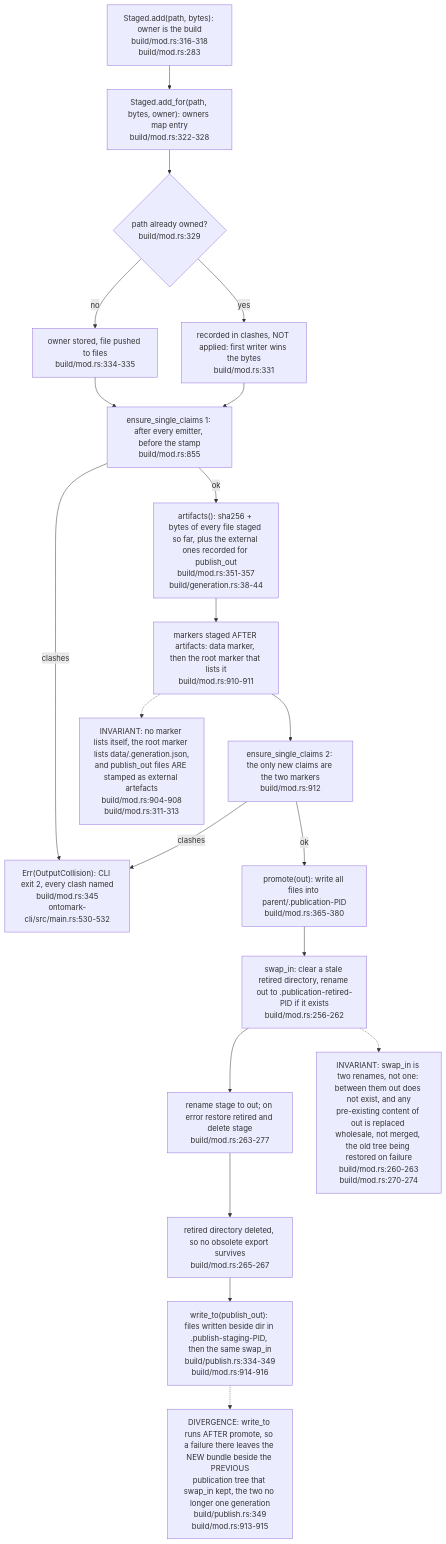
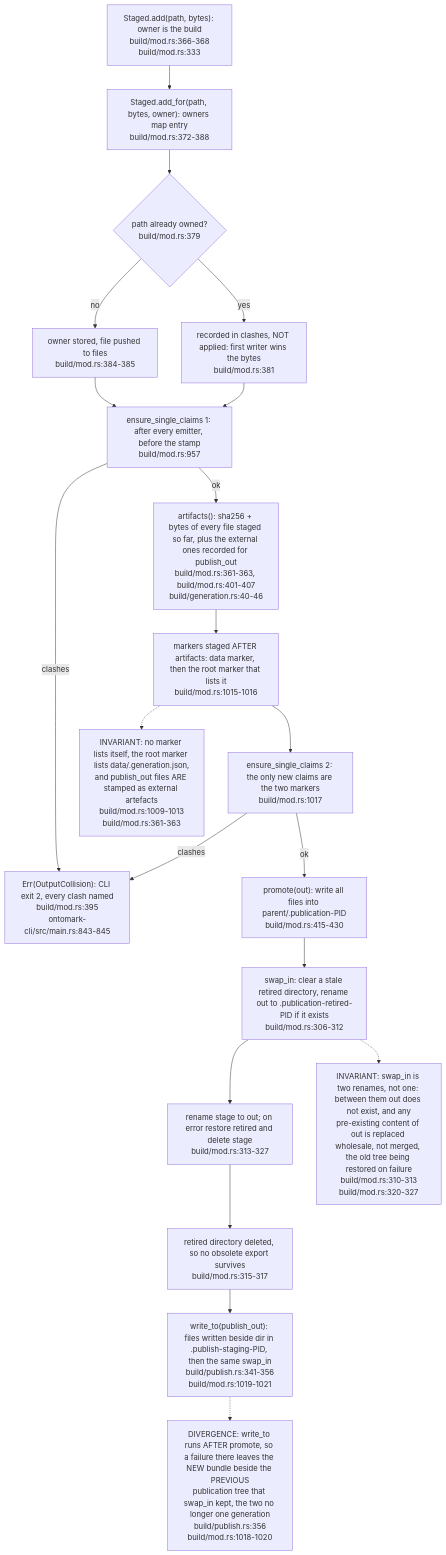
Before and after one commit to DreamLab-AI/VisionFlow: the fifth of 8 diagrams in docs/diagrams/ontomark/03-build-run-gates-staging-and-generation.md, drawn with Mermaid. The commit also changed other lines of this file and 160 other files, not shown here.

````diff
--- a/docs/diagrams/ontomark/03-build-run-gates-staging-and-generation.md
+++ b/docs/diagrams/ontomark/03-build-run-gates-staging-and-generation.md
@@ -178,34 +183,34 @@
 ```mermaid
 flowchart TD
-    ADD["Staged.add(path, bytes): owner is the build<br/>build/mod.rs:316-318<br/>build/mod.rs:283"]
-    ADDFOR["Staged.add_for(path, bytes, owner): owners map entry<br/>build/mod.rs:322-328"]
-    OCC{"path already owned?<br/>build/mod.rs:329"}
-    CLASH["recorded in clashes, NOT applied: first writer wins the bytes<br/>build/mod.rs:331"]
-    SLOT["owner stored, file pushed to files<br/>build/mod.rs:334-335"]
-    CHK1["ensure_single_claims 1: after every emitter, before the stamp<br/>build/mod.rs:855"]
-    ART["artifacts(): sha256 + bytes of every file staged so far, plus the external ones recorded for publish_out<br/>build/mod.rs:351-357<br/>build/generation.rs:38-44"]
-    MARK["markers staged AFTER artifacts: data marker, then the root marker that lists it<br/>build/mod.rs:910-911"]
-    CHK2["ensure_single_claims 2: the only new claims are the two markers<br/>build/mod.rs:912"]
-    ERRC["Err(OutputCollision): CLI exit 2, every clash named<br/>build/mod.rs:345<br/>ontomark-cli/src/main.rs:530-532"]
-    PRO["promote(out): write all files into parent/.publication-PID<br/>build/mod.rs:365-380"]
-    RET["swap_in: clear a stale retired directory, rename out to .publication-retired-PID if it exists<br/>build/mod.rs:256-262"]
-    SWAP["rename stage to out; on error restore retired and delete stage<br/>build/mod.rs:263-277"]
-    DEL["retired directory deleted, so no obsolete export survives<br/>build/mod.rs:265-267"]
-    WT["write_to(publish_out): files written beside dir in .publish-staging-PID, then the same swap_in<br/>build/publish.rs:334-349<br/>build/mod.rs:914-916"]
-    N1["INVARIANT: swap_in is two renames, not one: between them out does not exist, and any<br/>pre-existing content of out is replaced wholesale, not merged, the old tree being restored on failure<br/>build/mod.rs:260-263<br/>build/mod.rs:270-274"]
-    N2["DIVERGENCE: write_to runs AFTER promote, so a failure there leaves the NEW bundle beside the PREVIOUS<br/>publication tree that swap_in kept, the two no longer one generation<br/>build/publish.rs:349<br/>build/mod.rs:913-915"]
-    N3["INVARIANT: no marker lists itself, the root marker lists data/.generation.json,<br/>and publish_out files ARE stamped as external artefacts<br/>build/mod.rs:904-908<br/>build/mod.rs:311-313"]
+    ADD["Staged.add(path, bytes): owner is the build<br/>build/mod.rs:366-368<br/>build/mod.rs:333"]
+    ADDFOR["Staged.add_for(path, bytes, owner): owners map entry<br/>build/mod.rs:372-388"]
+    OCC{"path already owned?<br/>build/mod.rs:379"}
+    CLASH["recorded in clashes, NOT applied: first writer wins the bytes<br/>build/mod.rs:381"]
+    SLOT["owner stored, file pushed to files<br/>build/mod.rs:384-385"]
+    CHK1["ensure_single_claims 1: after every emitter, before the stamp<br/>build/mod.rs:957"]
+    ART["artifacts(): sha256 + bytes of every file staged so far, plus the external ones recorded for publish_out<br/>build/mod.rs:361-363, build/mod.rs:401-407<br/>build/generation.rs:40-46"]
+    MARK["markers staged AFTER artifacts: data marker, then the root marker that lists it<br/>build/mod.rs:1015-1016"]
+    CHK2["ensure_single_claims 2: the only new claims are the two markers<br/>build/mod.rs:1017"]
+    ERRC["Err(OutputCollision): CLI exit 2, every clash named<br/>build/mod.rs:395<br/>ontomark-cli/src/main.rs:843-845"]
+    PRO["promote(out): write all files into parent/.publication-PID<br/>build/mod.rs:415-430"]
+    RET["swap_in: clear a stale retired directory, rename out to .publication-retired-PID if it exists<br/>build/mod.rs:306-312"]
+    SWAP["rename stage to out; on error restore retired and delete stage<br/>build/mod.rs:313-327"]
+    DEL["retired directory deleted, so no obsolete export survives<br/>build/mod.rs:315-317"]
+    WT["write_to(publish_out): files written beside dir in .publish-staging-PID, then the same swap_in<br/>build/publish.rs:341-356<br/>build/mod.rs:1019-1021"]
+    N1["INVARIANT: swap_in is two renames, not one: between them out does not exist, and any<br/>pre-existing content of out is replaced wholesale, not merged, the old tree being restored on failure<br/>build/mod.rs:310-313<br/>build/mod.rs:320-327"]
+    N2["DIVERGENCE: write_to runs AFTER promote, so a failure there leaves the NEW bundle beside the PREVIOUS<br/>publication tree that swap_in kept, the two no longer one generation<br/>build/publish.rs:356<br/>build/mod.rs:1018-1020"]
+    N3["INVARIANT: no marker lists itself, the root marker lists data/.generation.json,<br/>and publish_out files ARE stamped as external artefacts<br/>build/mod.rs:1009-1013<br/>build/mod.rs:361-363"]
     ADD --> ADDFOR --> OCC
     OCC -- yes --> CLASH
     OCC -- no --> SLOT
     SLOT --> CHK1
     CLASH --> CHK1
     CHK1 -- clashes --> ERRC
     CHK1 -- ok --> ART --> MARK --> CHK2
     CHK2 -- clashes --> ERRC
     CHK2 -- ok --> PRO --> RET --> SWAP --> DEL
     DEL --> WT
     RET -.-> N1
     WT -.-> N2
     MARK -.-> N3
 ```
````
